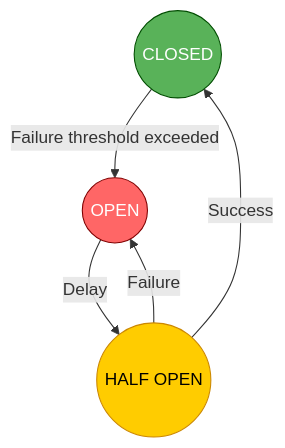
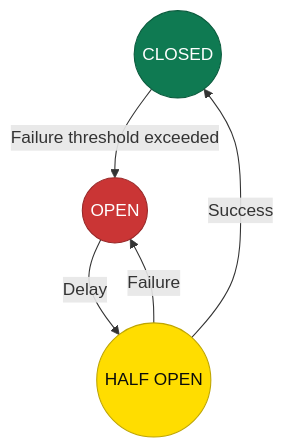
Before and after one commit to ukhsa-collaboration/standards-api: the third of 6 diagrams in docs/api-guidelines/performance-reliability-monitoring/resilience.md, drawn with Mermaid. The commit also changed other lines of this file and 1 other file, not shown here.

Commit message:
docs: use GOV.UK colours in caching and resilience diagrams
Replace the Bootstrap alert and named colours in the Mermaid diagrams
with GOV.UK palette colours, so they match the standards site theme
introduced for Mermaid 12.

Status colours use the GOV.UK green, yellow and red, with tint-80
fills and primary borders for light nodes. Repeated style lines in
caching.md are replaced with one classDef per colour, and the TTL
sequence diagram bands use green and orange tint-80.

````diff
--- a/docs/api-guidelines/performance-reliability-monitoring/resilience.md
+++ b/docs/api-guidelines/performance-reliability-monitoring/resilience.md
@@ -163,15 +163,15 @@
 ```mermaid
 flowchart TD
     CLOSED((CLOSED)) -->|Failure threshold exceeded| OPEN((OPEN))
     OPEN -->|Delay| HALF((HALF OPEN))
     HALF -->|Success| CLOSED
     HALF -->|Failure| OPEN
     
-    classDef closed fill:#59b259,stroke:#004d00,color:#fff
-    classDef open fill:#ff6666,stroke:#800000,color:#fff
-    classDef half fill:#ffcc00,stroke:#cc8800,color:#000
+    classDef closed fill:#0f7a52,stroke:#0b5c3e,color:#fff
+    classDef open fill:#ca3535,stroke:#982828,color:#fff
+    classDef half fill:#ffdd00,stroke:#bfa600,color:#0b0c0c
     
     class CLOSED closed
     class OPEN open
     class HALF half
 ```
````
